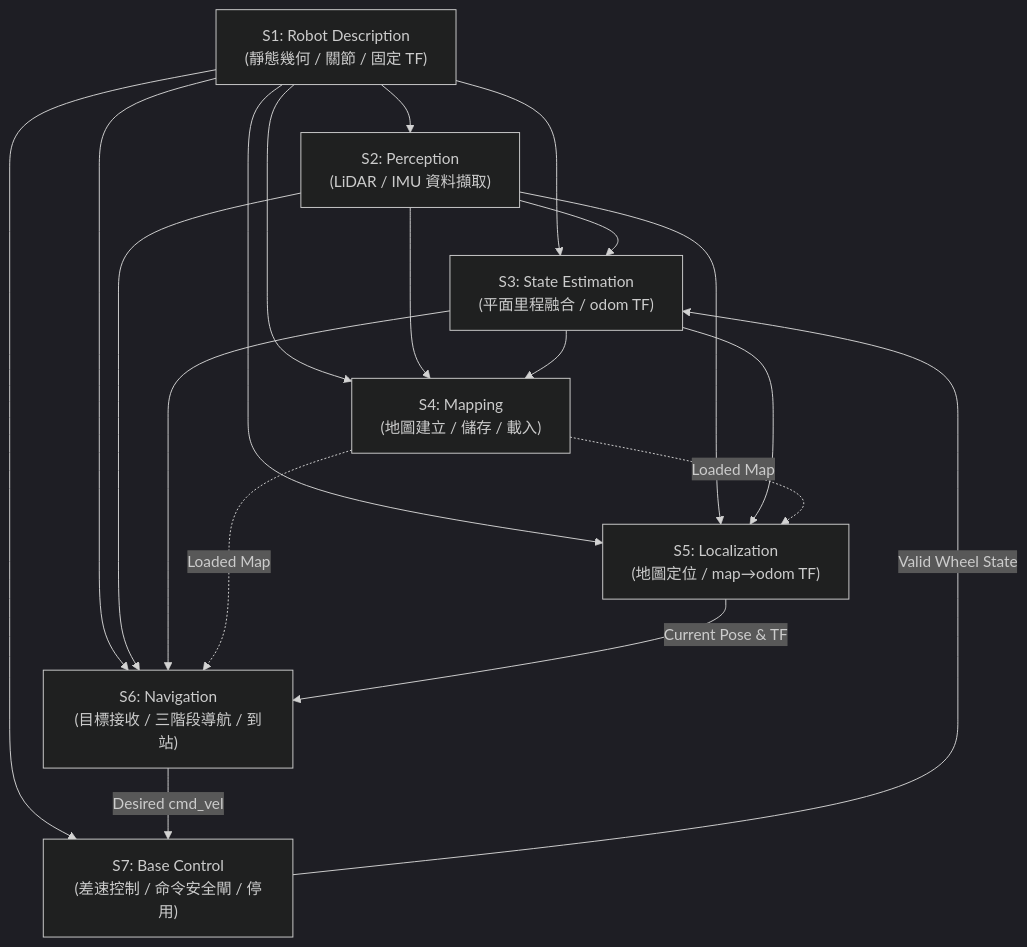
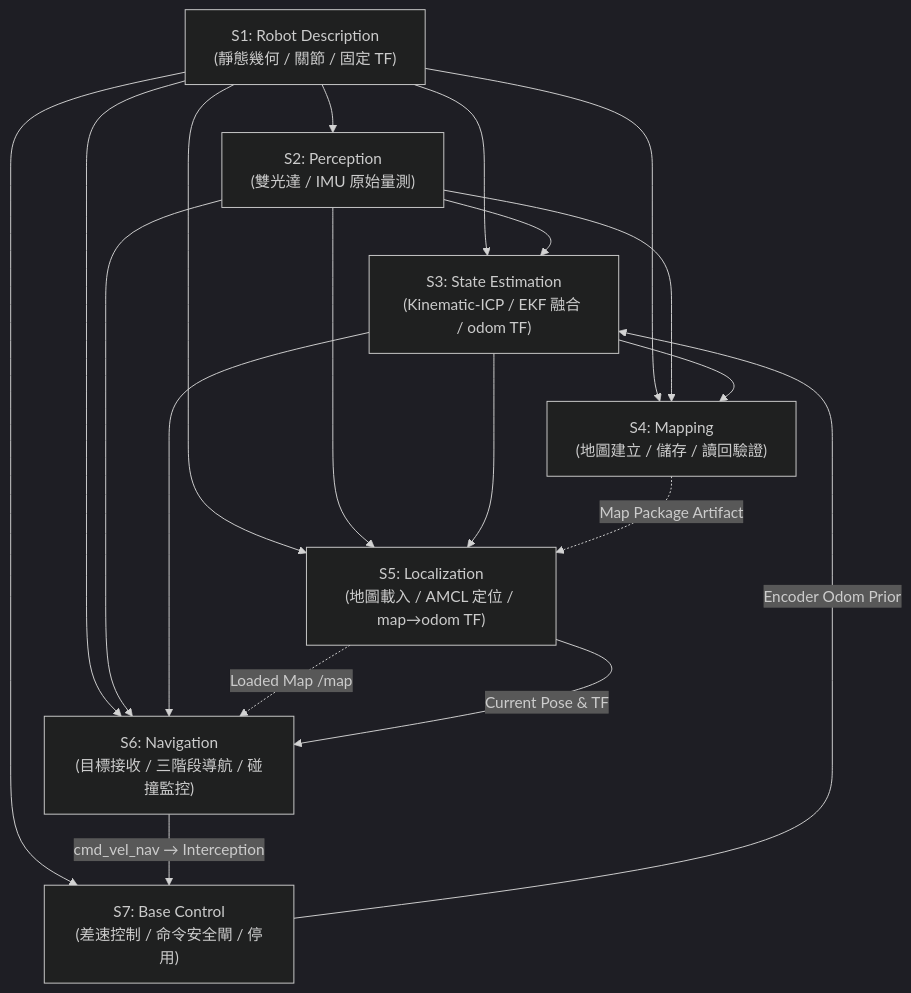
The first of 4 diagrams in docs/05_architecture.md (monkey30440/mobile_base), drawn with Mermaid (dark theme) before and after one commit. The commit also changed other lines of this file and 1 other file, not shown here.

Commit message:
docs(architecture): consolidate as-built system architecture

````diff
--- a/docs/05_architecture.md
+++ b/docs/05_architecture.md
@@ -150,33 +136,33 @@
 ```mermaid
 graph TD
     S1["S1: Robot Description<br/>(靜態幾何 / 關節 / 固定 TF)"]
-    S2["S2: Perception<br/>(LiDAR / IMU 資料擷取)"]
-    S3["S3: State Estimation<br/>(平面里程融合 / odom TF)"]
-    S4["S4: Mapping<br/>(地圖建立 / 儲存 / 載入)"]
-    S5["S5: Localization<br/>(地圖定位 / map→odom TF)"]
-    S6["S6: Navigation<br/>(目標接收 / 三階段導航 / 到站)"]
+    S2["S2: Perception<br/>(雙光達 / IMU 原始量測)"]
+    S3["S3: State Estimation<br/>(Kinematic-ICP / EKF 融合 / odom TF)"]
+    S4["S4: Mapping<br/>(地圖建立 / 儲存 / 讀回驗證)"]
+    S5["S5: Localization<br/>(地圖載入 / AMCL 定位 / map→odom TF)"]
+    S6["S6: Navigation<br/>(目標接收 / 三階段導航 / 碰撞監控)"]
     S7["S7: Base Control<br/>(差速控制 / 命令安全閘 / 停用)"]
 
     S1 --> S2
     S1 --> S3
     S1 --> S4
     S1 --> S5
     S1 --> S6
     S1 --> S7
 
     S2 --> S3
     S2 --> S4
     S2 --> S5
     S2 --> S6
 
     S3 --> S4
     S3 --> S5
     S3 --> S6
 
-    S4 -.->|Loaded Map| S5
-    S4 -.->|Loaded Map| S6
+    S4 -.->|Map Package Artifact| S5
+    S5 -.->|Loaded Map /map| S6
 
     S5 -->|Current Pose & TF| S6
-    S6 -->|Desired cmd_vel| S7
-    S7 -->|Valid Wheel State| S3
+    S6 -->|cmd_vel_nav → Interception| S7
+    S7 -->|Encoder Odom Prior| S3
 ```
````
